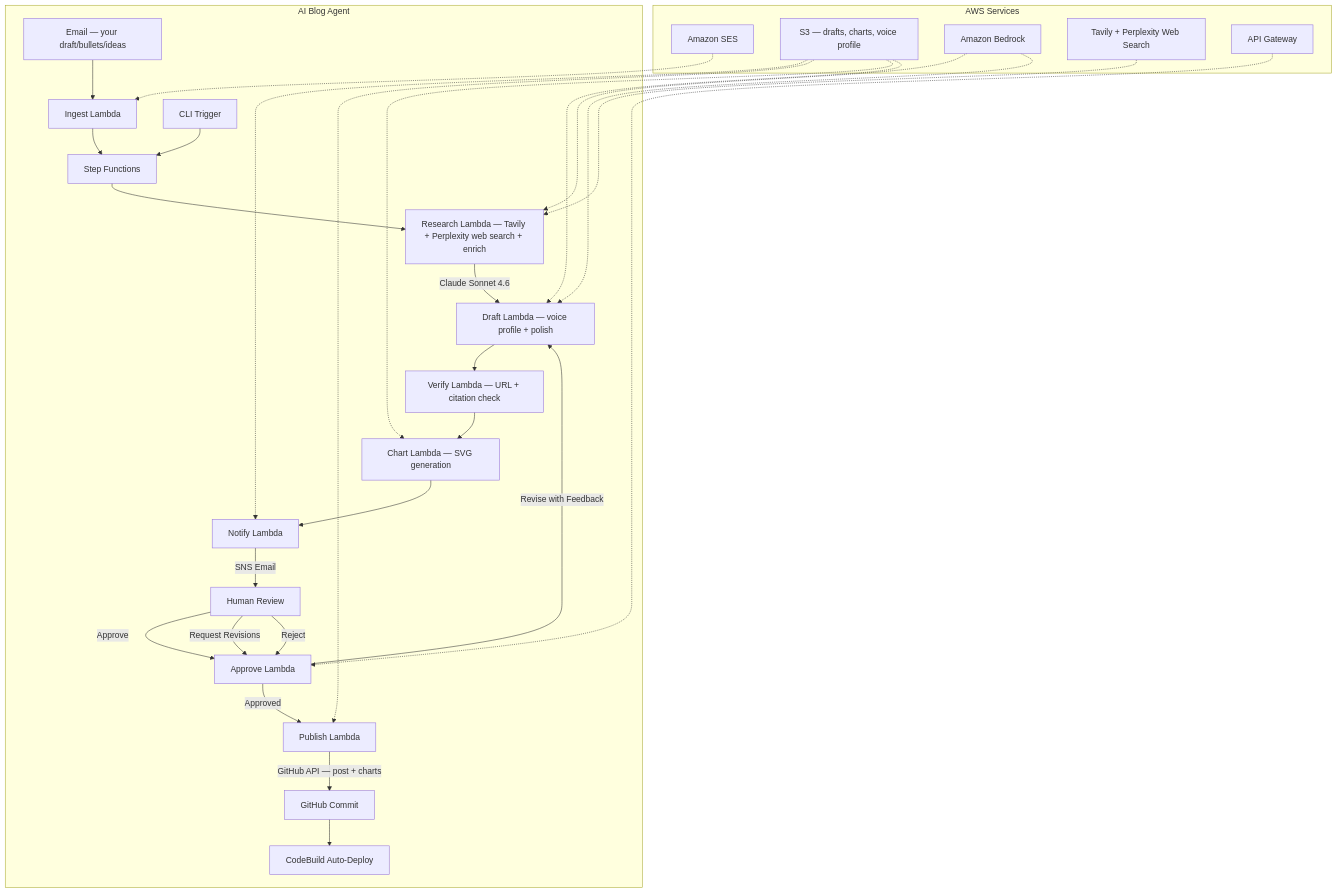
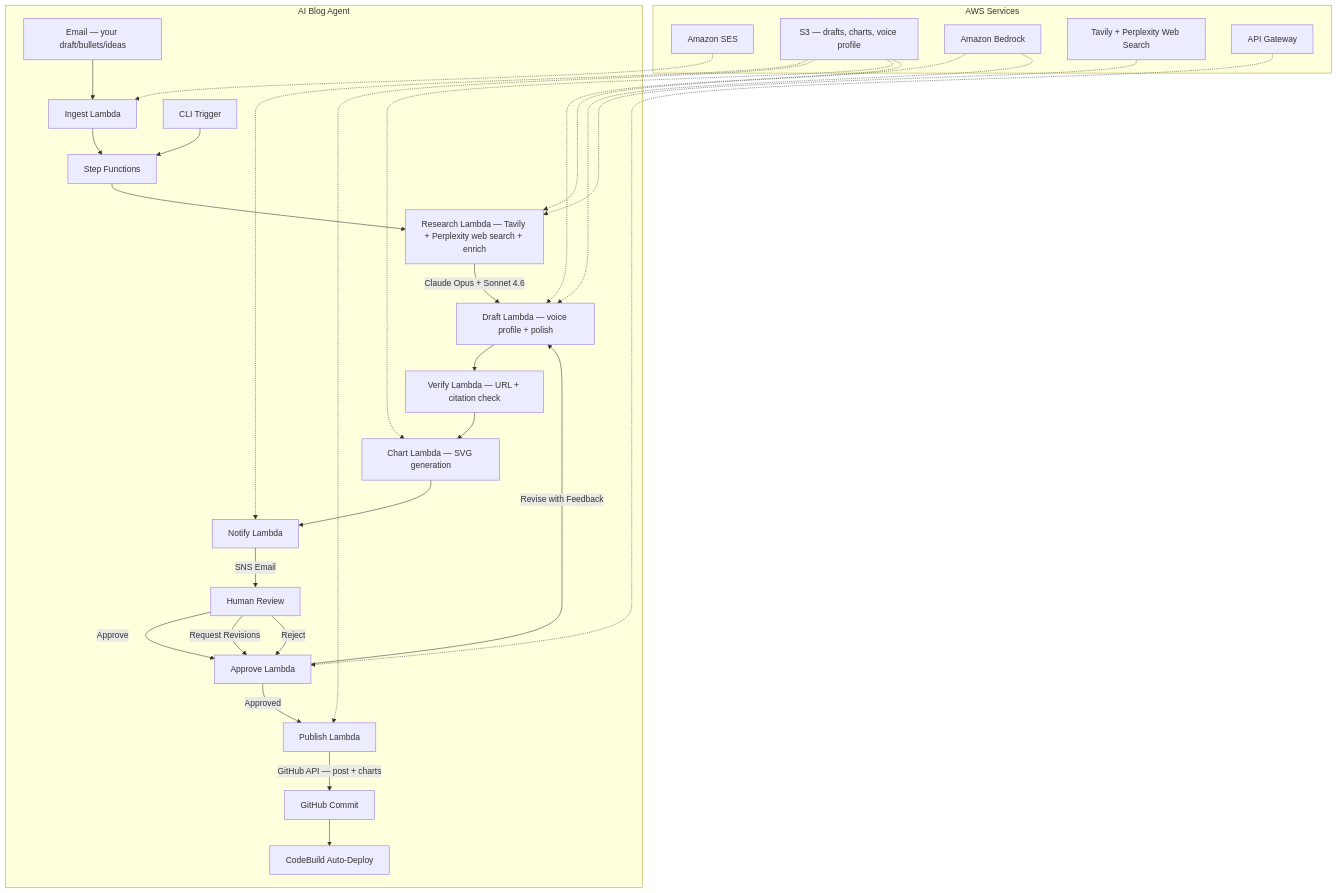
Before and after one commit to kzaky/khaledzaky.com: the second of 4 diagrams in README.md, drawn with Mermaid. The commit also changed other lines of this file and 4 other files, not shown here.

First line of the commit message:
docs: correct model attribution across docs (Opus/Sonnet/Haiku) (#58)

````diff
--- a/README.md
+++ b/README.md
@@ -38,33 +38,33 @@
 ```mermaid
 graph TD
     subgraph "AI Blog Agent"
         EM[Email — your draft/bullets/ideas] --> IG[Ingest Lambda]
         CLI[CLI Trigger] --> SF
         IG --> SF[Step Functions]
         SF --> R[Research Lambda — Tavily + Perplexity web search + enrich]
-        R -->|Claude Sonnet 4.6| D[Draft Lambda — voice profile + polish]
+        R -->|Claude Opus + Sonnet 4.6| D[Draft Lambda — voice profile + polish]
         D --> VC[Verify Lambda — URL + citation check]
         VC --> CH[Chart Lambda — SVG generation]
         CH --> N[Notify Lambda]
         N -->|SNS Email| U[Human Review]
         U -->|Approve| AP[Approve Lambda]
         U -->|Request Revisions| AP
         U -->|Reject| AP
         AP -->|Approved| P[Publish Lambda]
         AP -->|Revise with Feedback| D
         P -->|GitHub API — post + charts| GH[GitHub Commit]
         GH --> CB[CodeBuild Auto-Deploy]
     end
 
     subgraph "AWS Services"
         SES[Amazon SES] -.-> IG
         S3[S3 — drafts, charts, voice profile] -.-> N
         S3 -.-> P
         S3 -.-> CH
         S3 -.-> D
         BK[Amazon Bedrock] -.-> R
         BK -.-> D
         TV[Tavily + Perplexity Web Search] -.-> R
         AG[API Gateway] -.-> AP
     end
 ```
````
